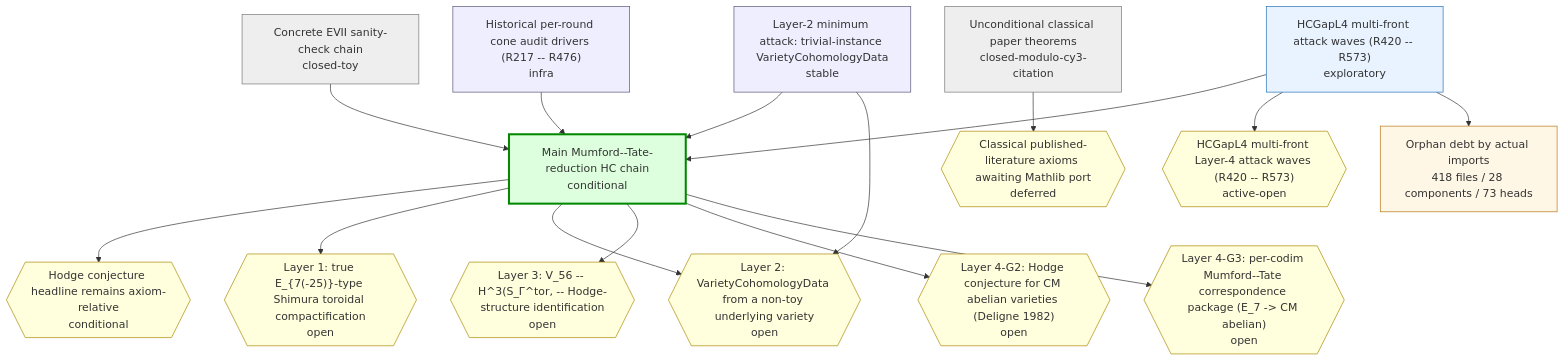
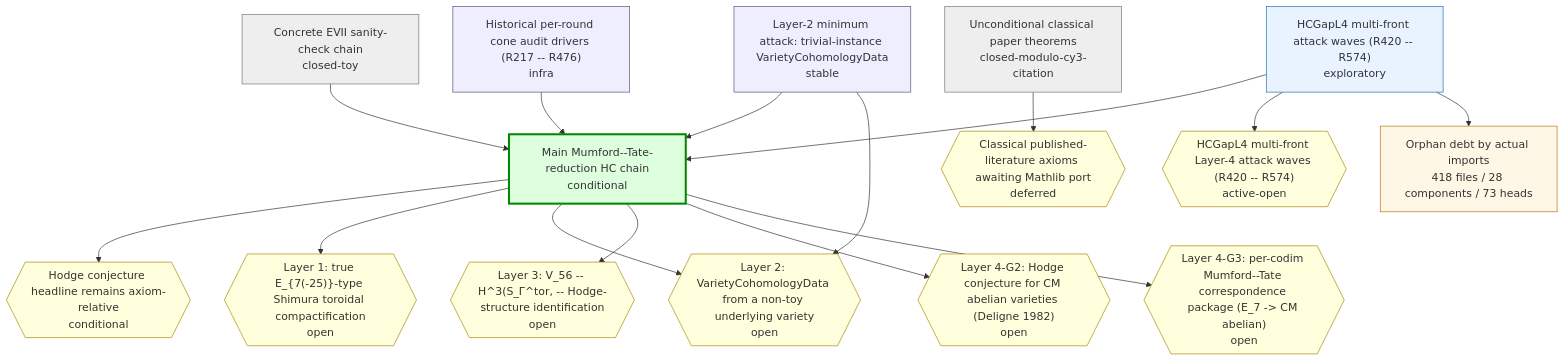
The first of 2 diagrams in chain-status/research-map.md (crabsatellite/hodge-conjecture-lean4-formalization), drawn with Mermaid before and after one commit. The commit also changed other lines of this file and 7 other files, not shown here.

````diff
--- a/chain-status/research-map.md
+++ b/chain-status/research-map.md
@@ -45,44 +45,44 @@
 ```mermaid
 graph TD
   classDef main fill:#dfd,stroke:#080,stroke-width:3px
   classDef active fill:#e8f3ff,stroke:#2670b8
   classDef support fill:#eef,stroke:#557
   classDef closed fill:#eee,stroke:#777
   classDef dead fill:#fdd,stroke:#a00,stroke-width:2px
   classDef gapOpen fill:#ffd,stroke:#a80
   classDef gapClosed fill:#eee,stroke:#777
   classDef gapDead fill:#fdd,stroke:#a00
   classDef debt fill:#fff7e6,stroke:#b87514
   classDef debtTaxonomy fill:#e8f3ff,stroke:#2670b8,stroke-dasharray:3 3
   classDef debtRule fill:#eefbea,stroke:#398439,stroke-dasharray:3 3
   classDef debtDead fill:#fdd,stroke:#a00,stroke-dasharray:3 3
   chain_main_hc_axiom_relative["Main Mumford--Tate-reduction HC chain\nconditional"]:::main
   chain_unconditional_classical["Unconditional classical paper theorems\nclosed-modulo-cy3-citation"]:::closed
   chain_hcgap_l2_trivial_instances["Layer-2 minimum attack: trivial-instance VarietyCohomologyData\nstable"]:::support
-  chain_hcgap_l4_multifront_active["HCGapL4 multi-front attack waves (R420 -- R573)\nexploratory"]:::active
+  chain_hcgap_l4_multifront_active["HCGapL4 multi-front attack waves (R420 -- R574)\nexploratory"]:::active
   chain_concrete_evii_toy["Concrete EVII sanity-check chain\nclosed-toy"]:::closed
   chain_historical_cone_audits["Historical per-round cone audit drivers (R217 -- R476)\ninfra"]:::support
   gap_G_main_hc{{"Hodge conjecture headline remains axiom-relative\nconditional"}}:::gapOpen
   gap_G_l1_e7_shimura_tor{{"Layer 1: true E_{7(-25)}-type Shimura toroidal compactification\nopen"}}:::gapOpen
   gap_G_l2_cohomology_construction{{"Layer 2: VarietyCohomologyData from a non-toy underlying variety\nopen"}}:::gapOpen
   gap_G_l3_v56_mt_identification{{"Layer 3: V_56 -- H^3(S_Γ^tor, -- Hodge-structure identification\nopen"}}:::gapOpen
   gap_G_l4_cm_abelian_hc{{"Layer 4-G2: Hodge conjecture for CM abelian varieties (Deligne 1982)\nopen"}}:::gapOpen
   gap_G_l4_mt_correspondence{{"Layer 4-G3: per-codim Mumford--Tate correspondence package (E_7 -> CM abelian)\nopen"}}:::gapOpen
   gap_G_classical_mathlib_port{{"Classical published-literature axioms awaiting Mathlib port\ndeferred"}}:::gapOpen
-  gap_G_hcgap_l4_multifront{{"HCGapL4 multi-front Layer-4 attack waves (R420 -- R573)\nactive-open"}}:::gapOpen
+  gap_G_hcgap_l4_multifront{{"HCGapL4 multi-front Layer-4 attack waves (R420 -- R574)\nactive-open"}}:::gapOpen
   chain_main_hc_axiom_relative --> gap_G_main_hc
   chain_main_hc_axiom_relative --> gap_G_l1_e7_shimura_tor
   chain_main_hc_axiom_relative --> gap_G_l2_cohomology_construction
   chain_main_hc_axiom_relative --> gap_G_l3_v56_mt_identification
   chain_main_hc_axiom_relative --> gap_G_l4_cm_abelian_hc
   chain_main_hc_axiom_relative --> gap_G_l4_mt_correspondence
   chain_unconditional_classical --> gap_G_classical_mathlib_port
   chain_hcgap_l2_trivial_instances --> chain_main_hc_axiom_relative
   chain_hcgap_l2_trivial_instances --> gap_G_l2_cohomology_construction
   chain_hcgap_l4_multifront_active --> chain_main_hc_axiom_relative
   chain_hcgap_l4_multifront_active --> gap_G_hcgap_l4_multifront
   chain_concrete_evii_toy --> chain_main_hc_axiom_relative
   chain_historical_cone_audits --> chain_main_hc_axiom_relative
   debt_all["Orphan debt by actual imports\n418 files / 28 components / 73 heads"]:::debt
   chain_hcgap_l4_multifront_active --> debt_all
 ```
````
